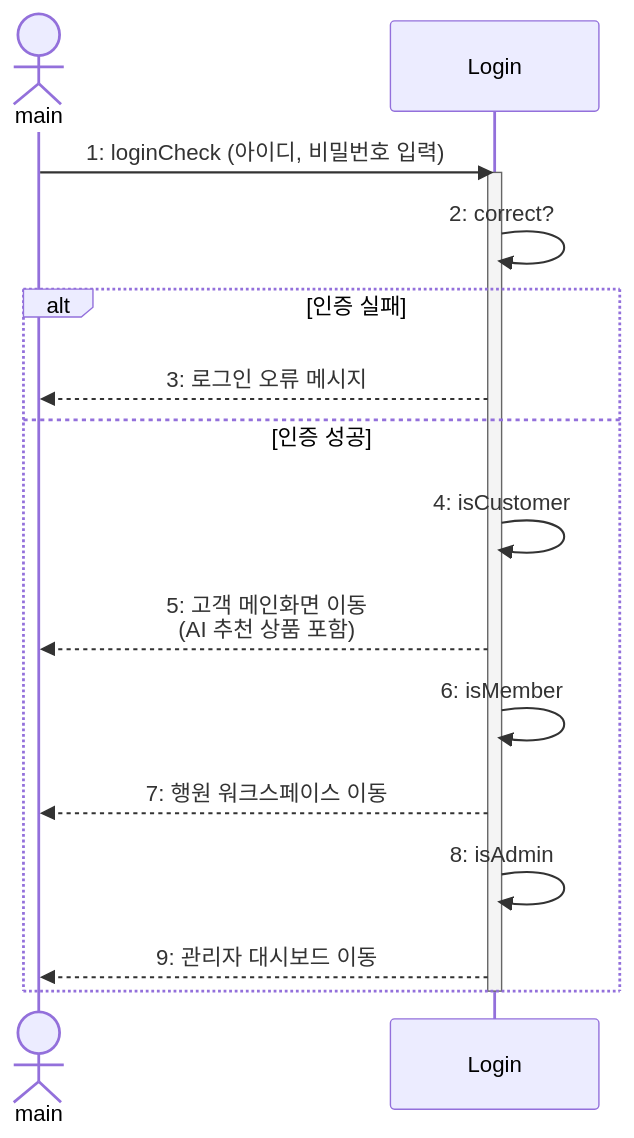
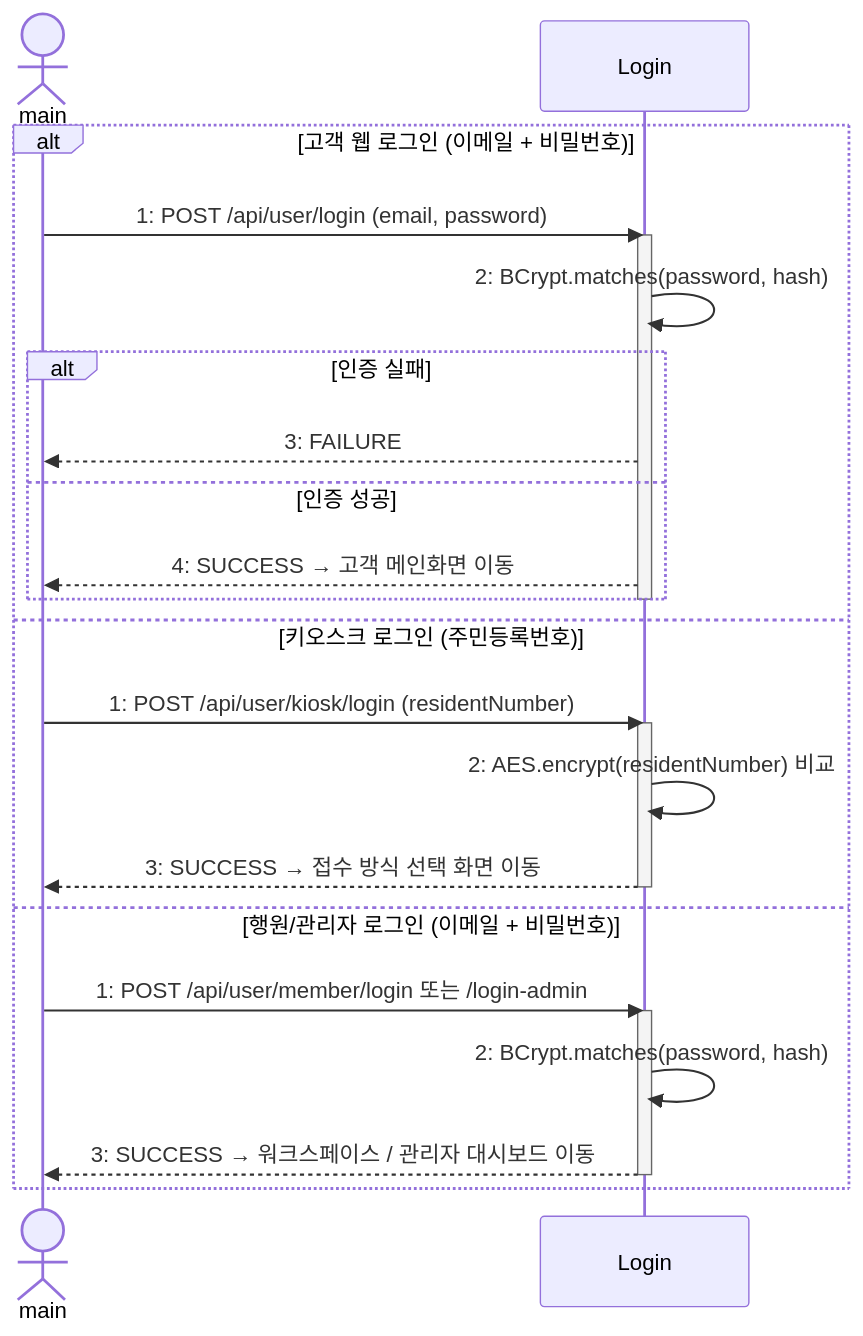
One commit to silversky621/BankScope changed the third of 11 diagrams in Design_[21622137_최재영].md. Above: the diagram before and after it, drawn with Mermaid. The commit also changed other lines of this file and 3 other files, not shown here.

````diff
--- a/Design_[21622137_최재영].md
+++ b/Design_[21622137_최재영].md
@@ -341,21 +347,29 @@
 ```mermaid
 sequenceDiagram
     actor main
     participant Login
 
-    main->>Login: 1: loginCheck (아이디, 비밀번호 입력)
-    activate Login
-    Login->>Login: 2: correct?
-
-    alt 인증 실패
-        Login-->>main: 3: 로그인 오류 메시지
-    else 인증 성공
-        Login->>Login: 4: isCustomer
-        Login-->>main: 5: 고객 메인화면 이동<br/>(AI 추천 상품 포함)
-        Login->>Login: 6: isMember
-        Login-->>main: 7: 행원 워크스페이스 이동
-        Login->>Login: 8: isAdmin
-        Login-->>main: 9: 관리자 대시보드 이동
+    alt 고객 웹 로그인 (이메일 + 비밀번호)
+        main->>Login: 1: POST /api/user/login (email, password)
+        activate Login
+        Login->>Login: 2: BCrypt.matches(password, hash)
+        alt 인증 실패
+            Login-->>main: 3: FAILURE
+        else 인증 성공
+            Login-->>main: 4: SUCCESS → 고객 메인화면 이동
+        end
+        deactivate Login
+    else 키오스크 로그인 (주민등록번호)
+        main->>Login: 1: POST /api/user/kiosk/login (residentNumber)
+        activate Login
+        Login->>Login: 2: AES.encrypt(residentNumber) 비교
+        Login-->>main: 3: SUCCESS → 접수 방식 선택 화면 이동
+        deactivate Login
+    else 행원/관리자 로그인 (이메일 + 비밀번호)
+        main->>Login: 1: POST /api/user/member/login 또는 /login-admin
+        activate Login
+        Login->>Login: 2: BCrypt.matches(password, hash)
+        Login-->>main: 3: SUCCESS → 워크스페이스 / 관리자 대시보드 이동
+        deactivate Login
     end
-    deactivate Login
 ```
````
